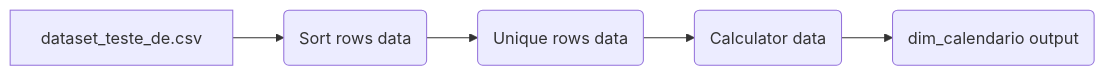
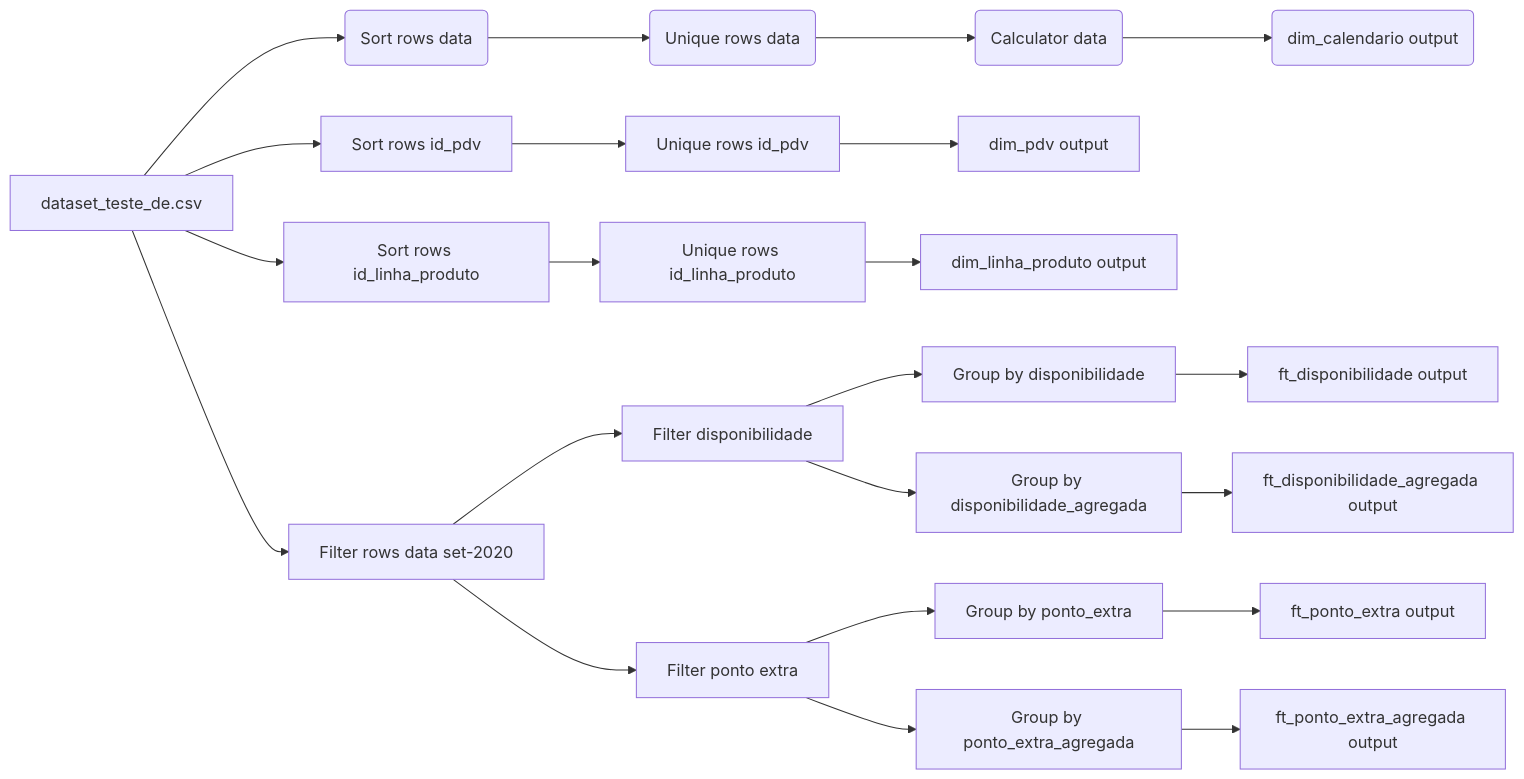
Before and after one commit to nicolas-sds/pipeline_etl: the diagram in README.md, drawn with Mermaid. The commit also changed other lines of this file, not shown here.

````diff
--- a/README.md
+++ b/README.md
@@ -1,10 +26,32 @@
 ```mermaid
 graph LR
 A[dataset_teste_de.csv]
 
 A --> B(Sort rows data)
 B --> C(Unique rows data)
 C --> D(Calculator data)
 D --> E(dim_calendario output)
 
+A --> F[Sort rows id_pdv]
+F --> G[Unique rows id_pdv]
+G --> H[dim_pdv output]
+
+A --> F2[Sort rows id_linha_produto]
+F2 --> G2[Unique rows id_linha_produto]
+G2 --> H2[dim_linha_produto output]
+
+A --> L[Filter rows data set-2020]
+L --> M[Filter disponibilidade]
+M --> N[Group by disponibilidade]
+N --> O[ft_disponibilidade output]
+
+M --> P[Group by disponibilidade_agregada]
+P --> Q[ft_disponibilidade_agregada output]
+
+L --> R[Filter ponto extra]
+R --> S[Group by ponto_extra]
+S --> T[ft_ponto_extra output]
+
+R --> U[Group by ponto_extra_agregada]
+U --> V[ft_ponto_extra_agregada output]
 ```
````
